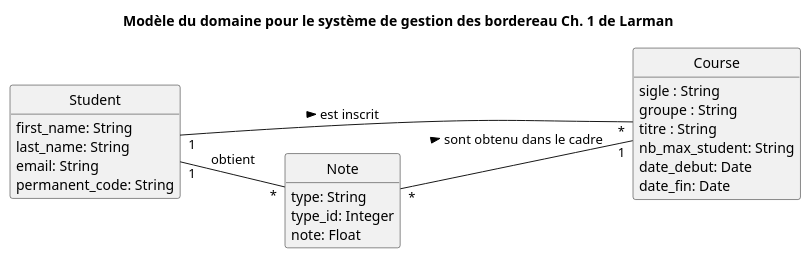
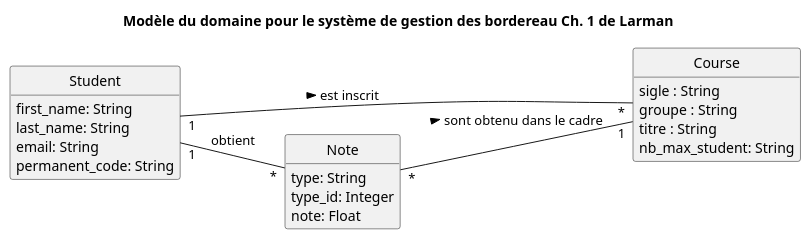
The diagram in docs/mdd.puml (cc-yvanross/cc-yvanross.github.io), drawn with PlantUML before and after one commit.

Commit message:
remove dates

```diff
--- a/docs/mdd.puml
+++ b/docs/mdd.puml
@@ -1,31 +1,29 @@
 @startuml
 skinparam style strictuml
 skinparam defaultfontname Verdana
 left to right direction
 hide empty members
 'skinparam linetype ortho
 title Modèle du domaine pour le système de gestion des bordereau Ch. 1 de Larman
 class Course {
   sigle : String
   groupe : String
   titre : String
   nb_max_student: String
-  date_debut: Date
-  date_fin: Date
 }
 class Student {
   first_name: String
   last_name: String
   email: String
   permanent_code: String
 }
 
 class Note {
    type: String
    type_id: Integer
    note: Float
 }
 Note "*"  -- "1"  Course: sont obtenu dans le cadre >
 Student "1" -- "*" Course : est inscrit > 
 Student "1" -- "*" Note: obtient
 @enduml
```
